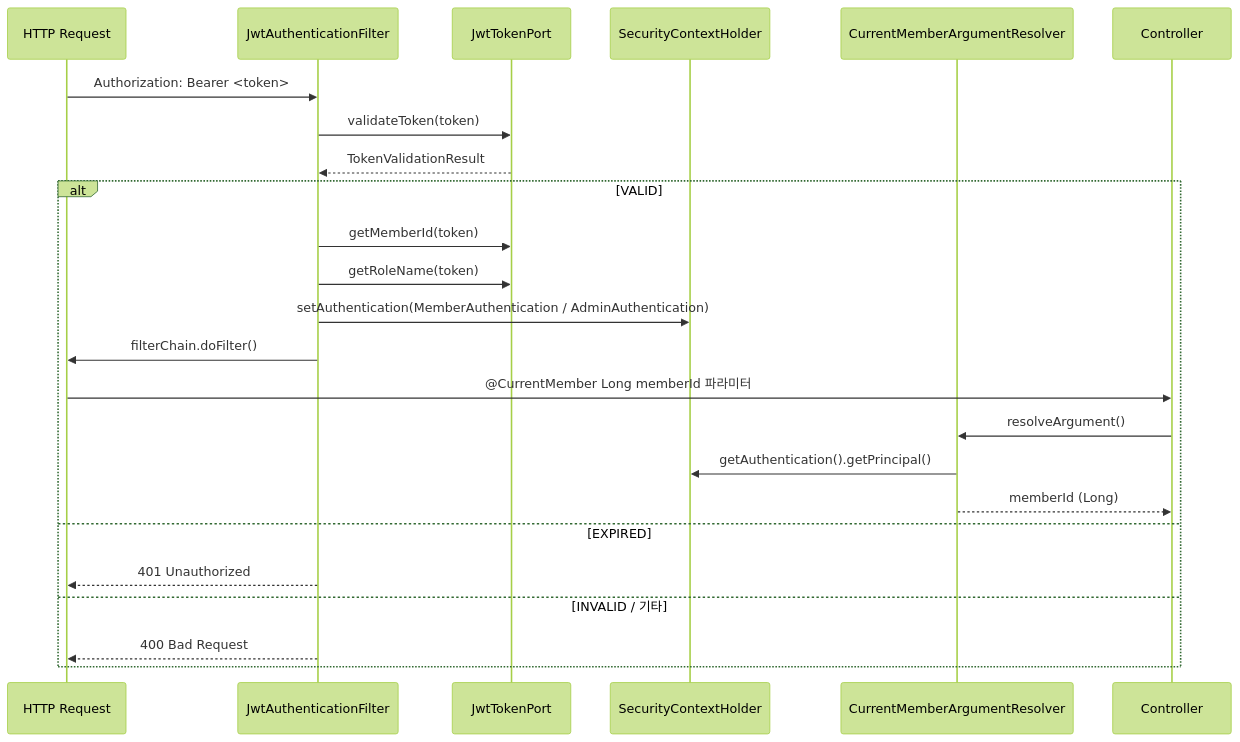
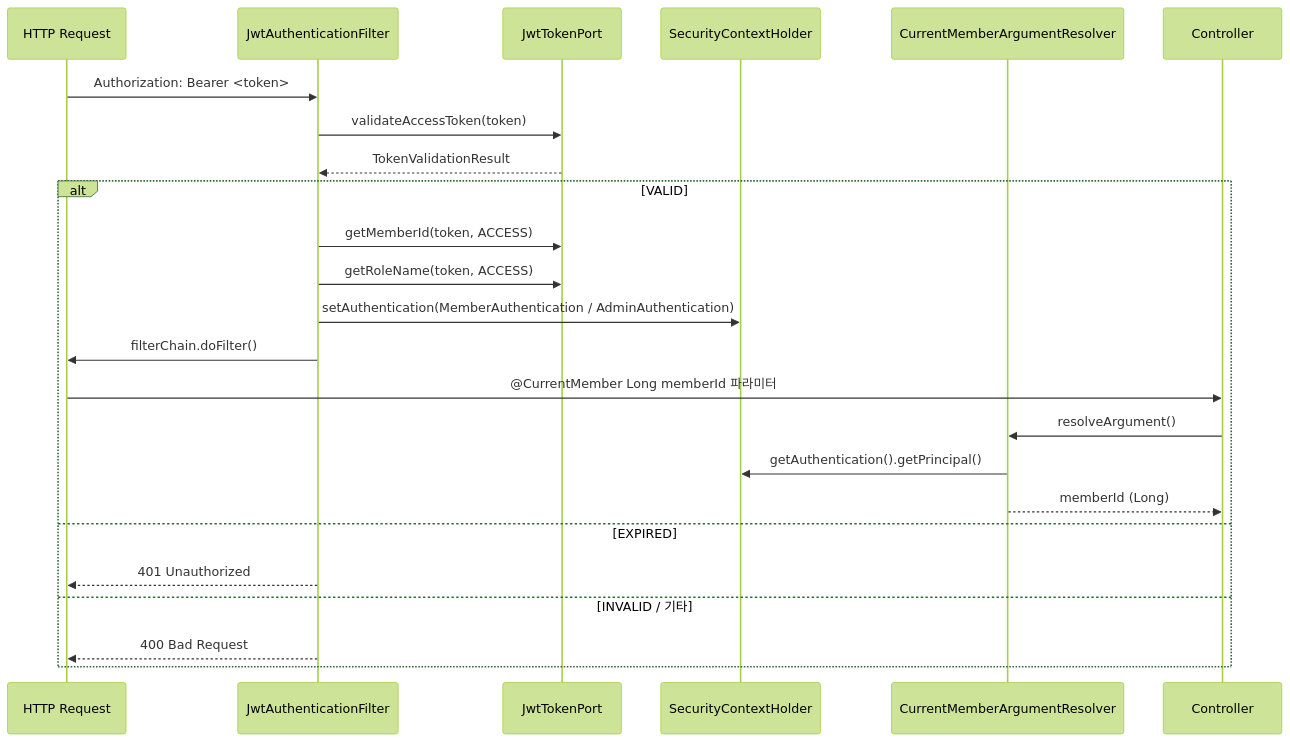
The third of 4 diagrams in gateway/README.md (TEAM-BEAT/BEAT-SERVER), drawn with Mermaid (forest theme) before and after one commit. The commit also changed 15 other files, not shown here.

````diff
--- a/gateway/README.md
+++ b/gateway/README.md
@@ -164,28 +164,28 @@
 ```mermaid
 sequenceDiagram
     participant C as HTTP Request
     participant F as JwtAuthenticationFilter
     participant J as JwtTokenPort
     participant SC as SecurityContextHolder
     participant R as CurrentMemberArgumentResolver
     participant Ctrl as Controller
 
     C->>F: Authorization: Bearer <token>
-    F->>J: validateToken(token)
+    F->>J: validateAccessToken(token)
     J-->>F: TokenValidationResult
 
     alt VALID
-        F->>J: getMemberId(token)
-        F->>J: getRoleName(token)
+        F->>J: getMemberId(token, ACCESS)
+        F->>J: getRoleName(token, ACCESS)
         F->>SC: setAuthentication(MemberAuthentication / AdminAuthentication)
         F->>C: filterChain.doFilter()
         C->>Ctrl: @CurrentMember Long memberId 파라미터
         Ctrl->>R: resolveArgument()
         R->>SC: getAuthentication().getPrincipal()
         R-->>Ctrl: memberId (Long)
     else EXPIRED
         F-->>C: 401 Unauthorized
     else INVALID / 기타
         F-->>C: 400 Bad Request
     end
 ```
````
